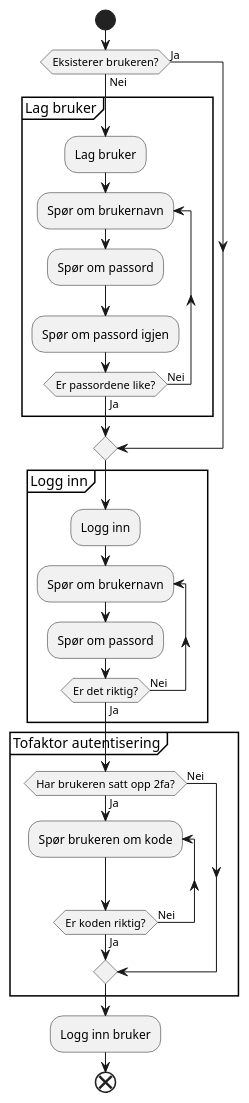
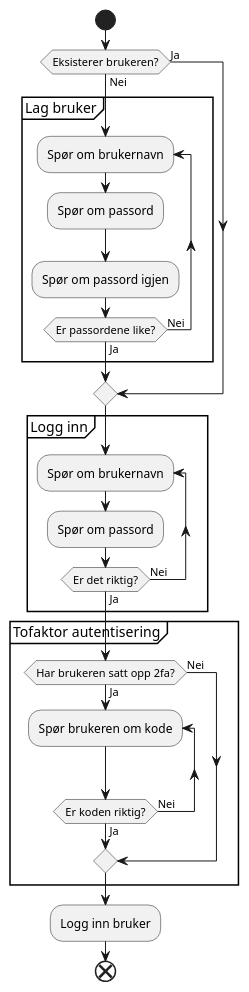
Before and after one commit to LilleAila/projects: the diagram in it2/03-bruker-innlogging/control-flow.puml, drawn with PlantUML. The commit also changed 1 other file, not shown here.

```diff
--- a/it2/03-bruker-innlogging/control-flow.puml
+++ b/it2/03-bruker-innlogging/control-flow.puml
@@ -4,37 +4,35 @@
 @startuml bruker-login
 
 start
 
 if (Eksisterer brukeren?) then (Ja)
 else (Nei)
   partition "Lag bruker" {
-    :Lag bruker;
     repeat :Spør om brukernavn;
     :Spør om passord;
     :Spør om passord igjen;
     'backward:Passordene er ikke like!;
     repeat while (Er passordene like?) is (Nei) not (Ja)
   }
 endif
 
 partition "Logg inn" {
-  :Logg inn;
   repeat :Spør om brukernavn;
   :Spør om passord;
   'backward:Brukernavn eller passord er feil!;
   repeat while (Er det riktig?) is (Nei) not (Ja)
 }
 
 partition "Tofaktor autentisering" {
   if (Har brukeren satt opp 2fa?) then (Ja)
     repeat :Spør brukeren om kode;
     repeat while (Er koden riktig?) is (Nei) not (Ja)
   else (Nei)
   endif
 }
 
 :Logg inn bruker;
 
 end
 
 @enduml
```
